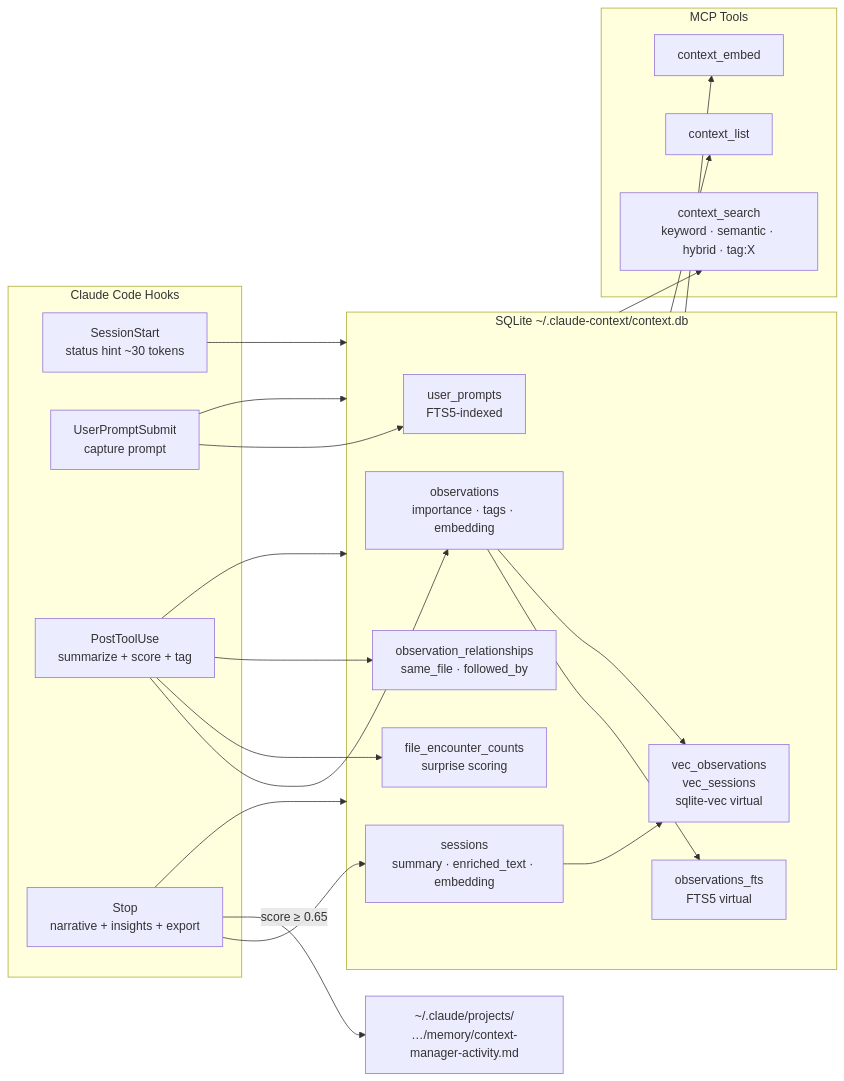
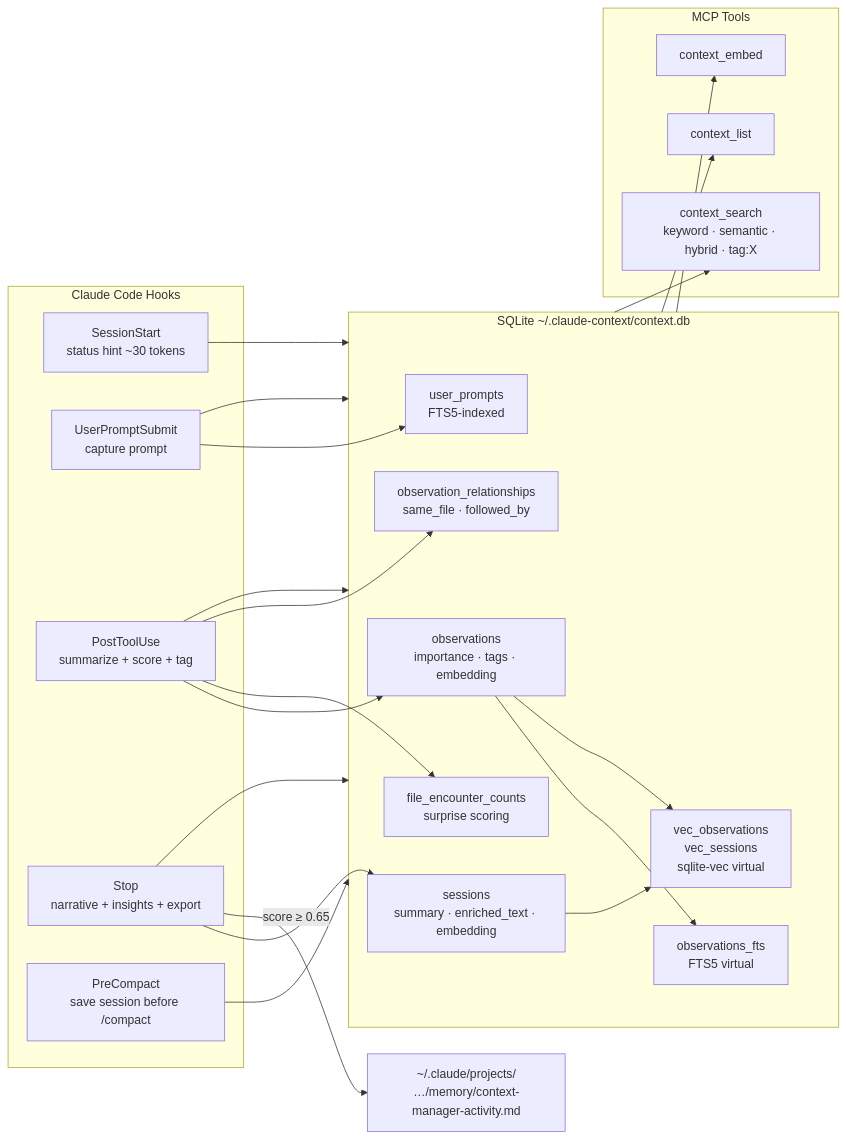
Before and after one commit to mrlesmithjr/claude-context-manager: the diagram in CLAUDE.md, drawn with Mermaid. The commit also changed other lines of this file, not shown here.

Commit message:
docs: fix remaining CLAUDE.md gaps -- PreCompact in diagram, classify.ts and version.ts in directory tree
fixes #44

````diff
--- a/CLAUDE.md
+++ b/CLAUDE.md
@@ -111,37 +111,38 @@
 ```mermaid
 flowchart LR
     subgraph hooks["Claude Code Hooks"]
         SI["SessionStart\nstatus hint ~30 tokens"]
         UP["UserPromptSubmit\ncapture prompt"]
         PT["PostToolUse\nsummarize + score + tag"]
         SE["Stop\nnarrative + insights + export"]
+        PC["PreCompact\nsave session before /compact"]
     end
 
     subgraph db["SQLite ~/.claude-context/context.db"]
         OBS["observations\nimportance · tags · embedding"]
         SES["sessions\nsummary · enriched_text · embedding"]
         UPT["user_prompts\nFTS5-indexed"]
         FEC["file_encounter_counts\nsurprise scoring"]
         REL["observation_relationships\nsame_file · followed_by"]
         FTS["observations_fts\nFTS5 virtual"]
         VEC["vec_observations\nvec_sessions\nsqlite-vec virtual"]
     end
 
     subgraph mcp["MCP Tools"]
         CS["context_search\nkeyword · semantic · hybrid · tag:X"]
         CL["context_list"]
         CE["context_embed"]
     end
 
-    SI & UP & PT & SE --> db
+    SI & UP & PT & SE & PC --> db
     PT --> OBS
     PT --> FEC
     PT --> REL
     SE --> SES
     UP --> UPT
     OBS --> FTS
     OBS --> VEC
     SES --> VEC
     db --> CS & CL & CE
     SE -->|"score ≥ 0.65"| MEM["~/.claude/projects/\n…/memory/context-manager-activity.md"]
 ```
````
